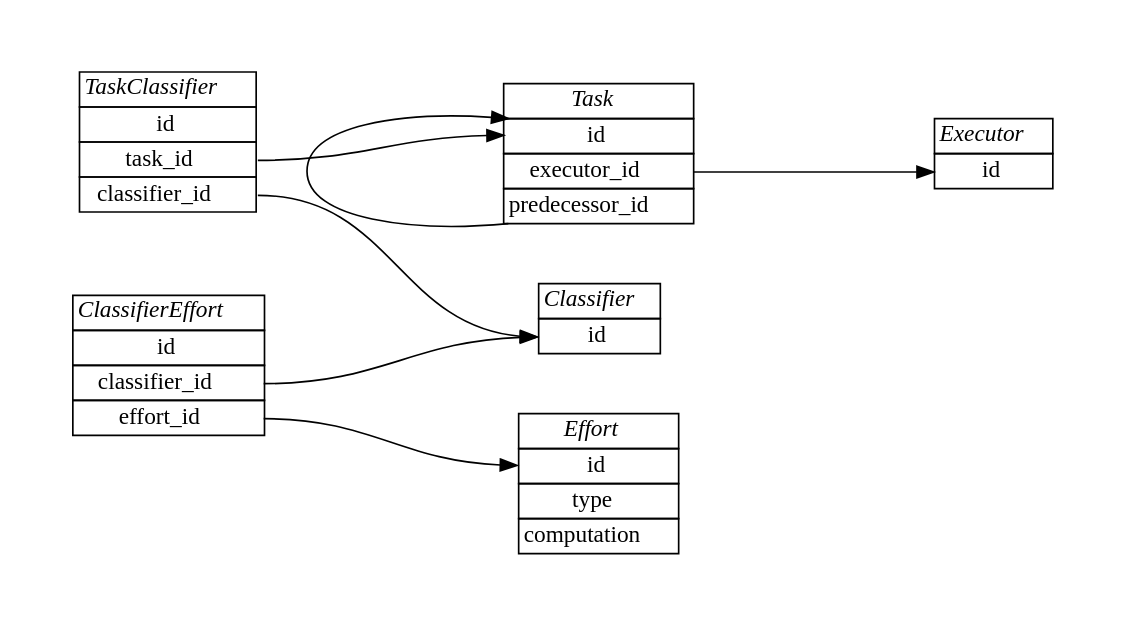
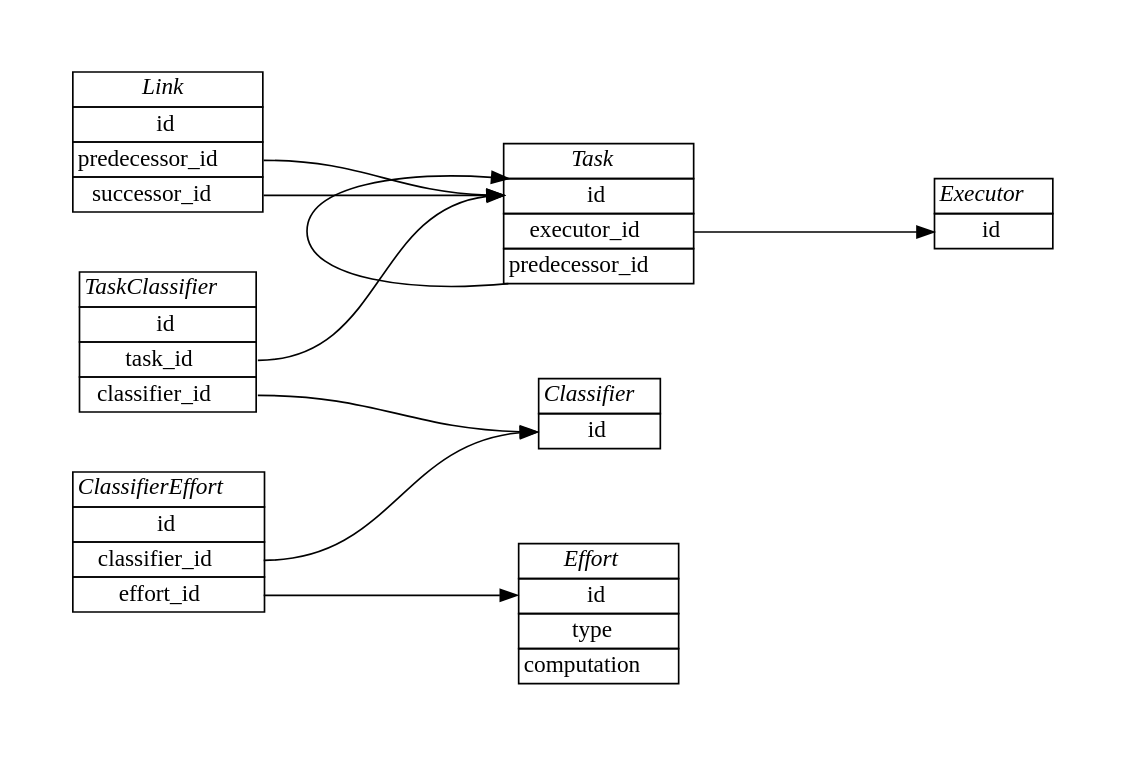
One commit to knowark/estimark changed the diagram in docs/architecture/structure.rst. Above: the diagram before and after it, drawn with Graphviz. The commit also changed other lines of this file and 1 other file, not shown here.

Commit message:
Define 'links' as the representation of taks's dependencies

```diff
--- a/docs/architecture/structure.rst
+++ b/docs/architecture/structure.rst
@@ -5,61 +5,72 @@
 .. graphviz::
 
    digraph {
     graph [pad="0.5", nodesep="0.5", ranksep="2"];
     node [shape=plain]
     rankdir=LR;
 
     Task [label=<
     <table border="0" cellborder="1" cellspacing="0">
     <tr><td><i>Task</i></td></tr>
     <tr><td port="id">id</td></tr>
     <tr><td port="executor_id">executor_id</td></tr>
     <tr><td port="predecessor_id">predecessor_id</td></tr>
     </table>>];
 
     TaskClassifier [label=<
     <table border="0" cellborder="1" cellspacing="0">
     <tr><td><i>TaskClassifier</i></td></tr>
     <tr><td port="id">id</td></tr>
     <tr><td port="task_id">task_id</td></tr>
     <tr><td port="classifier_id">classifier_id</td></tr>
+    </table>>];
+
+    Link [label=<
+    <table border="0" cellborder="1" cellspacing="0">
+    <tr><td><i>Link</i></td></tr>
+    <tr><td port="id">id</td></tr>
+    <tr><td port="predecessor_id">predecessor_id</td></tr>
+    <tr><td port="successor_id">successor_id</td></tr>
     </table>>];
 
     Classifier [label=<
     <table border="0" cellborder="1" cellspacing="0">
     <tr><td><i>Classifier</i></td></tr>
     <tr><td port="id">id</td></tr>
     </table>>];
 
     ClassifierEffort [label=<
     <table border="0" cellborder="1" cellspacing="0">
     <tr><td><i>ClassifierEffort</i></td></tr>
     <tr><td port="id">id</td></tr>
     <tr><td port="classifier_id">classifier_id</td></tr>
     <tr><td port="effort_id">effort_id</td></tr>
     </table>>];
 
     Effort [label=<
     <table border="0" cellborder="1" cellspacing="0">
     <tr><td><i>Effort</i></td></tr>
     <tr><td port="id">id</td></tr>
     <tr><td port="type">type</td></tr>
     <tr><td port="computation">computation</td></tr>
     </table>>];
 
     Executor [label=<
     <table border="0" cellborder="1" cellspacing="0">
     <tr><td><i>Executor</i></td></tr>
     <tr><td port="id">id</td></tr>
     </table>>];
 
     Task:executor_id -> Executor:id;
     Task:predecessor_id -> Task:id;
 
     ClassifierEffort:classifier_id -> Classifier:id;
     ClassifierEffort:effort_id -> Effort:id;
 
     TaskClassifier:task_id -> Task:id;
     TaskClassifier:classifier_id -> Classifier:id;
-   
+
+    Link:predecessor_id -> Task:id;
+    Link:successor_id -> Task:id;
+    
     }
```
